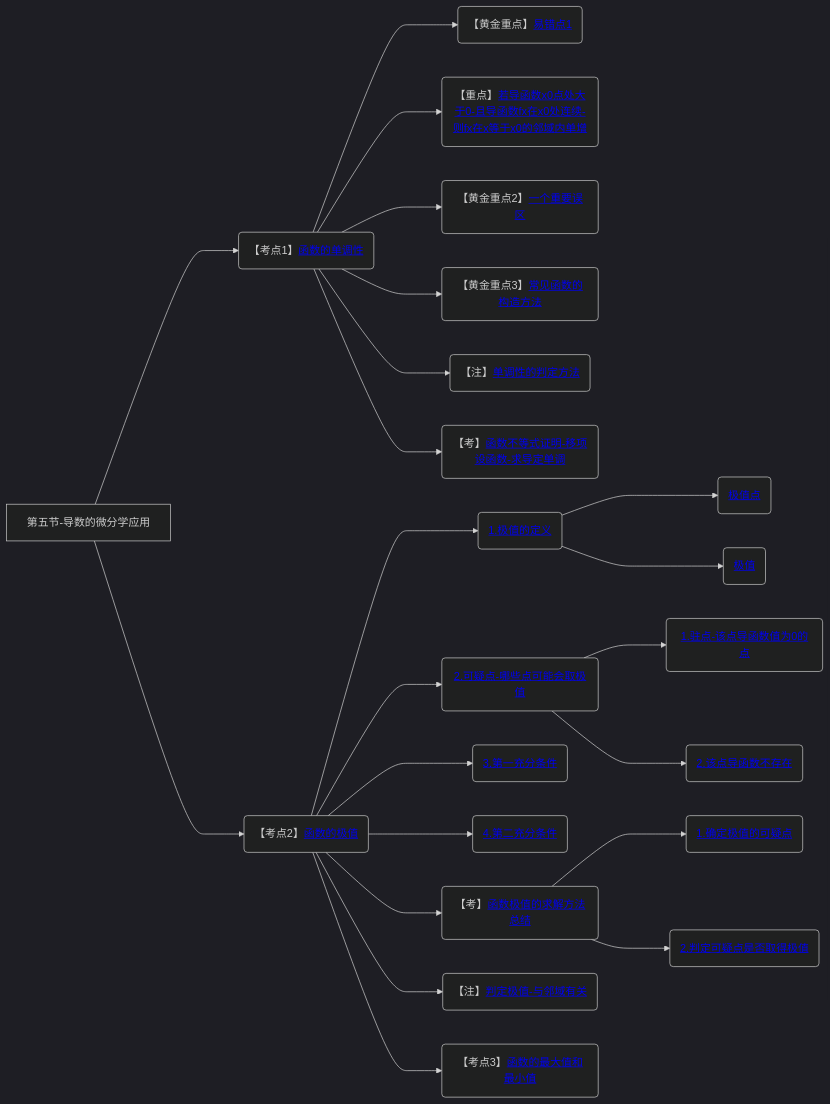
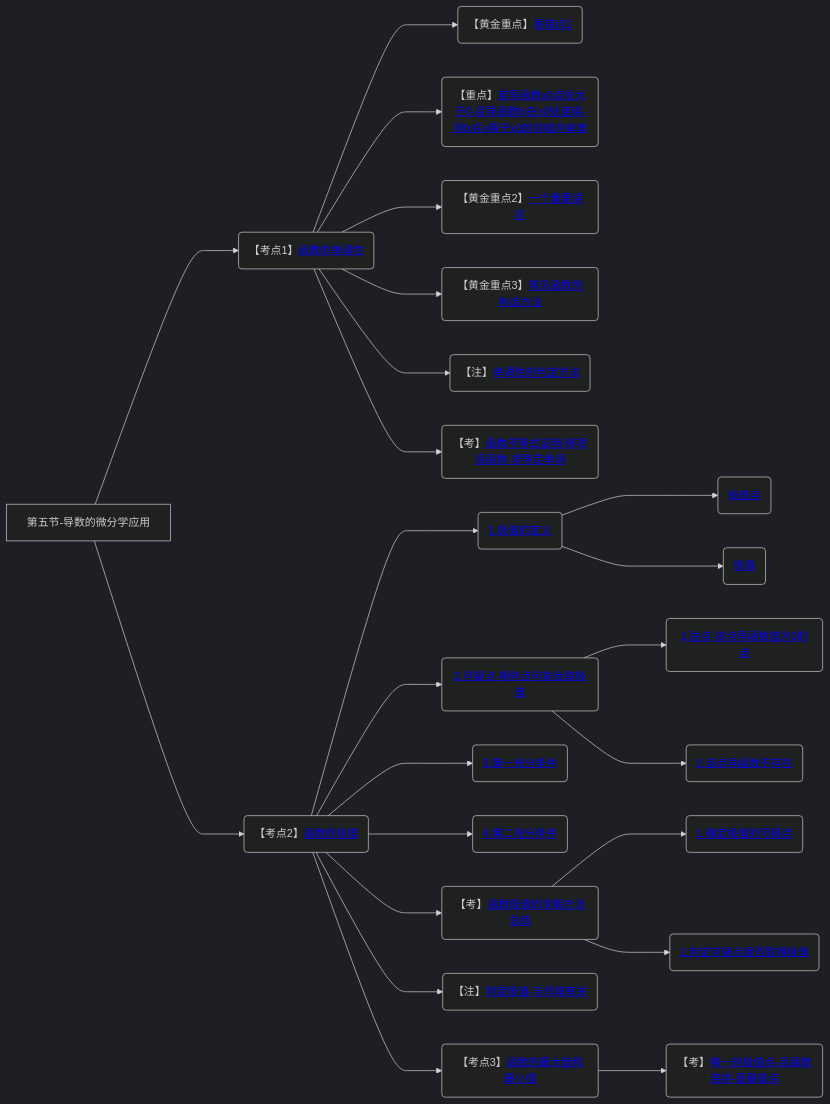
Before and after one commit to yuebinghui/note: diagram 15 of 15 in 笔记/数学/周洋鑫/01.基础班思维导图.md, drawn with Mermaid (dark theme). The commit also changed 2 other files, not shown here.

Commit message:
Fri Nov 29 15:20:01 CST 2024

````diff
--- a/笔记/数学/周洋鑫/01.基础班思维导图.md
+++ b/笔记/数学/周洋鑫/01.基础班思维导图.md
@@ -530,28 +530,29 @@
 ```mermaid
 graph LR
 第五节-导数的微分学应用
 
 第五节-导数的微分学应用--->函数的单调性(【考点1】<a href="/Users/yuebinghui/Documents/program/github/note/笔记/数学/周洋鑫/基础班/15.导数的微分学应用_1.md#函数的单调性">函数的单调性</>)
 函数的单调性--->易错点1(【黄金重点】<a href="/Users/yuebinghui/Documents/program/github/note/笔记/数学/周洋鑫/基础班/15.导数的微分学应用_1.md#易错点1">易错点1</>)
 函数的单调性--->若导函数x0点处大于0-且导函数fx在x0处连续-则fx在x等于x0的邻域内单增(【重点】<a href="/Users/yuebinghui/Documents/program/github/note/笔记/数学/周洋鑫/基础班/15.导数的微分学应用_1.md#若导函数x0点处大于0-且导函数fx在x0处连续-则fx在x等于x0的邻域内单增">若导函数x0点处大于0-且导函数fx在x0处连续-则fx在x等于x0的邻域内单增</>)
 函数的单调性--->一个重要误区(【黄金重点2】<a href="/Users/yuebinghui/Documents/program/github/note/笔记/数学/周洋鑫/基础班/15.导数的微分学应用_1.md#一个重要误区">一个重要误区</>)
 函数的单调性--->常见函数的构造方法(【黄金重点3】<a href="/Users/yuebinghui/Documents/program/github/note/笔记/数学/周洋鑫/基础班/15.导数的微分学应用_1.md#常见函数的构造方法">常见函数的构造方法</>)
 函数的单调性--->单调性的判定方法(【注】<a href="/Users/yuebinghui/Documents/program/github/note/笔记/数学/周洋鑫/基础班/15.导数的微分学应用_1.md#单调性的判定方法">单调性的判定方法</>)
 函数的单调性--->函数不等式证明-移项设函数-求导定单调(【考】<a href="/Users/yuebinghui/Documents/program/github/note/笔记/数学/周洋鑫/基础班/15.导数的微分学应用_1.md#函数不等式证明-移项设函数-求导定单调">函数不等式证明-移项设函数-求导定单调</>)
 
 第五节-导数的微分学应用--->函数的极值(【考点2】<a href="/Users/yuebinghui/Documents/program/github/note/笔记/数学/周洋鑫/基础班/16.导数的微分学应用_2.md#函数的极值">函数的极值</>)
 函数的极值--->1.极值的定义(<a href="/Users/yuebinghui/Documents/program/github/note/笔记/数学/周洋鑫/基础班/16.导数的微分学应用_2.md#1.极值的定义">1.极值的定义</>)
 1.极值的定义--->极值点(<a href="/Users/yuebinghui/Documents/program/github/note/笔记/数学/周洋鑫/基础班/16.导数的微分学应用_2.md#极值点">极值点</>)
 1.极值的定义--->极值(<a href="/Users/yuebinghui/Documents/program/github/note/笔记/数学/周洋鑫/基础班/16.导数的微分学应用_2.md#极值">极值</>)
 函数的极值--->2.可疑点-哪些点可能会取极值(<a href="/Users/yuebinghui/Documents/program/github/note/笔记/数学/周洋鑫/基础班/16.导数的微分学应用_2.md#2.可疑点-哪些点可能会取极值">2.可疑点-哪些点可能会取极值</>)
 2.可疑点-哪些点可能会取极值--->1.驻点-该点导函数值为0的点(<a href="/Users/yuebinghui/Documents/program/github/note/笔记/数学/周洋鑫/基础班/16.导数的微分学应用_2.md#1.驻点-该点导函数值为0的点">1.驻点-该点导函数值为0的点</>)
 2.可疑点-哪些点可能会取极值--->2.该点导函数不存在(<a href="/Users/yuebinghui/Documents/program/github/note/笔记/数学/周洋鑫/基础班/16.导数的微分学应用_2.md#2.该点导函数不存在">2.该点导函数不存在</>)
 函数的极值--->3.第一充分条件(<a href="/Users/yuebinghui/Documents/program/github/note/笔记/数学/周洋鑫/基础班/16.导数的微分学应用_2.md#3.第一充分条件">3.第一充分条件</>)
 函数的极值--->4.第二充分条件(<a href="/Users/yuebinghui/Documents/program/github/note/笔记/数学/周洋鑫/基础班/16.导数的微分学应用_2.md#4.第二充分条件">4.第二充分条件</>)
 函数的极值--->函数极值的求解方法总结(【考】<a href="/Users/yuebinghui/Documents/program/github/note/笔记/数学/周洋鑫/基础班/16.导数的微分学应用_2.md#函数极值的求解方法总结">函数极值的求解方法总结</>)
 函数极值的求解方法总结--->1.确定极值的可疑点(<a href="/Users/yuebinghui/Documents/program/github/note/笔记/数学/周洋鑫/基础班/16.导数的微分学应用_2.md#1.确定极值的可疑点">1.确定极值的可疑点</>)
 函数极值的求解方法总结--->2.判定可疑点是否取得极值(<a href="/Users/yuebinghui/Documents/program/github/note/笔记/数学/周洋鑫/基础班/16.导数的微分学应用_2.md#2.判定可疑点是否取得极值">2.判定可疑点是否取得极值</>)
 函数的极值--->判定极值-与邻域有关(【注】<a href="/Users/yuebinghui/Documents/program/github/note/笔记/数学/周洋鑫/基础班/16.导数的微分学应用_2.md#判定极值-与邻域有关">判定极值-与邻域有关</>)
 
 函数的极值--->函数的最大值和最小值(【考点3】<a href="/Users/yuebinghui/Documents/program/github/note/笔记/数学/周洋鑫/基础班/16.导数的微分学应用_2.md#函数的最大值和最小值">函数的最大值和最小值</>)
+函数的最大值和最小值--->唯一的极值点-且函数连续-是最值点(【考】<a href="/Users/yuebinghui/Documents/program/github/note/笔记/数学/周洋鑫/基础班/16.导数的微分学应用_2.md#唯一的极值点-且函数连续-是最值点">唯一的极值点-且函数连续-是最值点</>)
 ```
````
